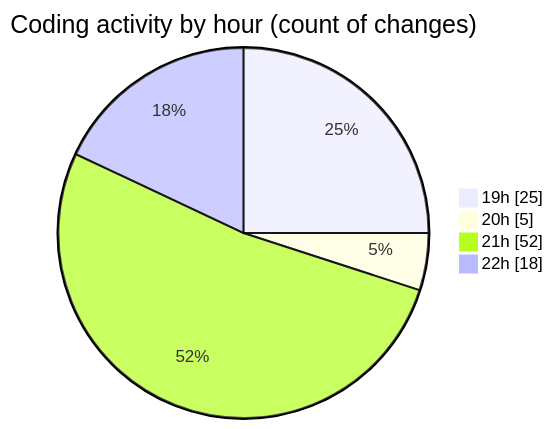
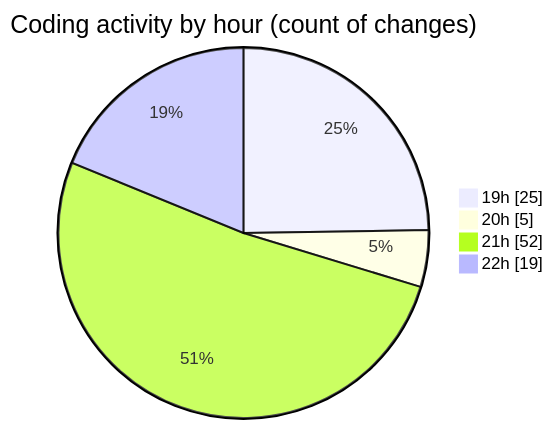
Before and after one commit to momahboobian/code-tracking: the second of 2 diagrams in 2025-02-28/cda/README.md, drawn with Mermaid. The commit also changed other lines of this file and 1 other file, not shown here.

````diff
--- a/2025-02-28/cda/README.md
+++ b/2025-02-28/cda/README.md
@@ -34,8 +34,8 @@
 ```mermaid
 pie showData
 title Coding activity by hour (count of changes)
 "19h" : 25
 "20h" : 5
 "21h" : 52
-"22h" : 18
+"22h" : 19
 ```
````
